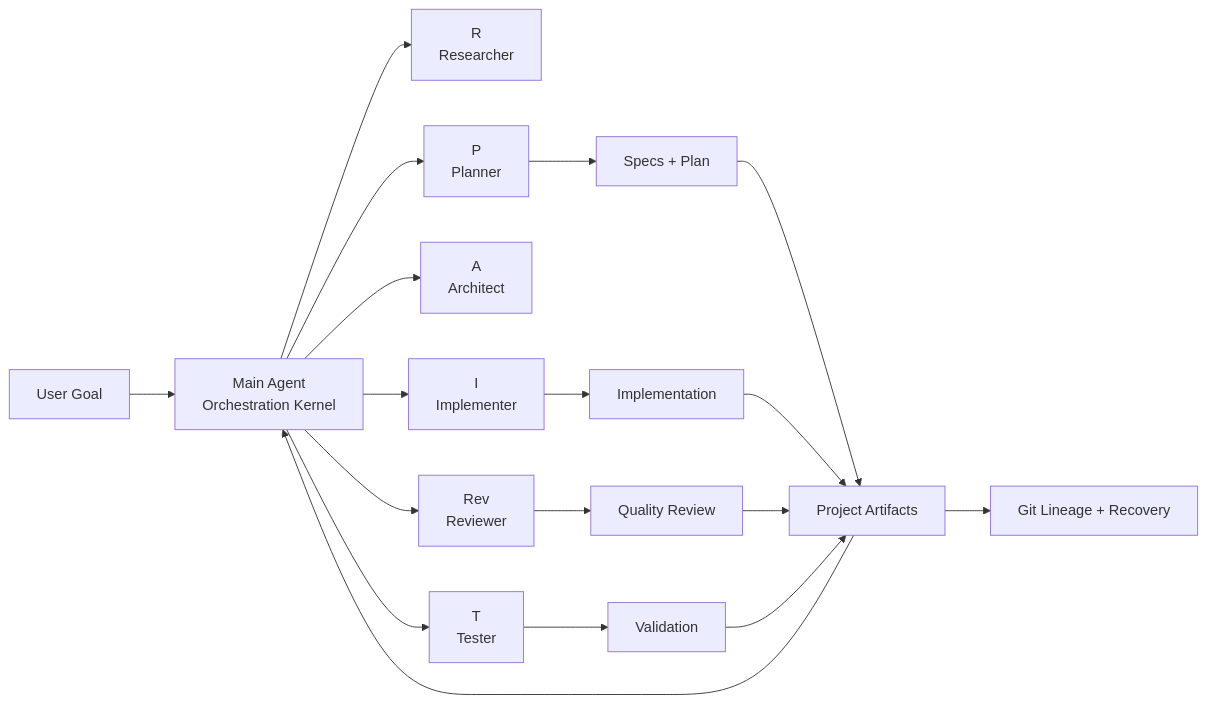
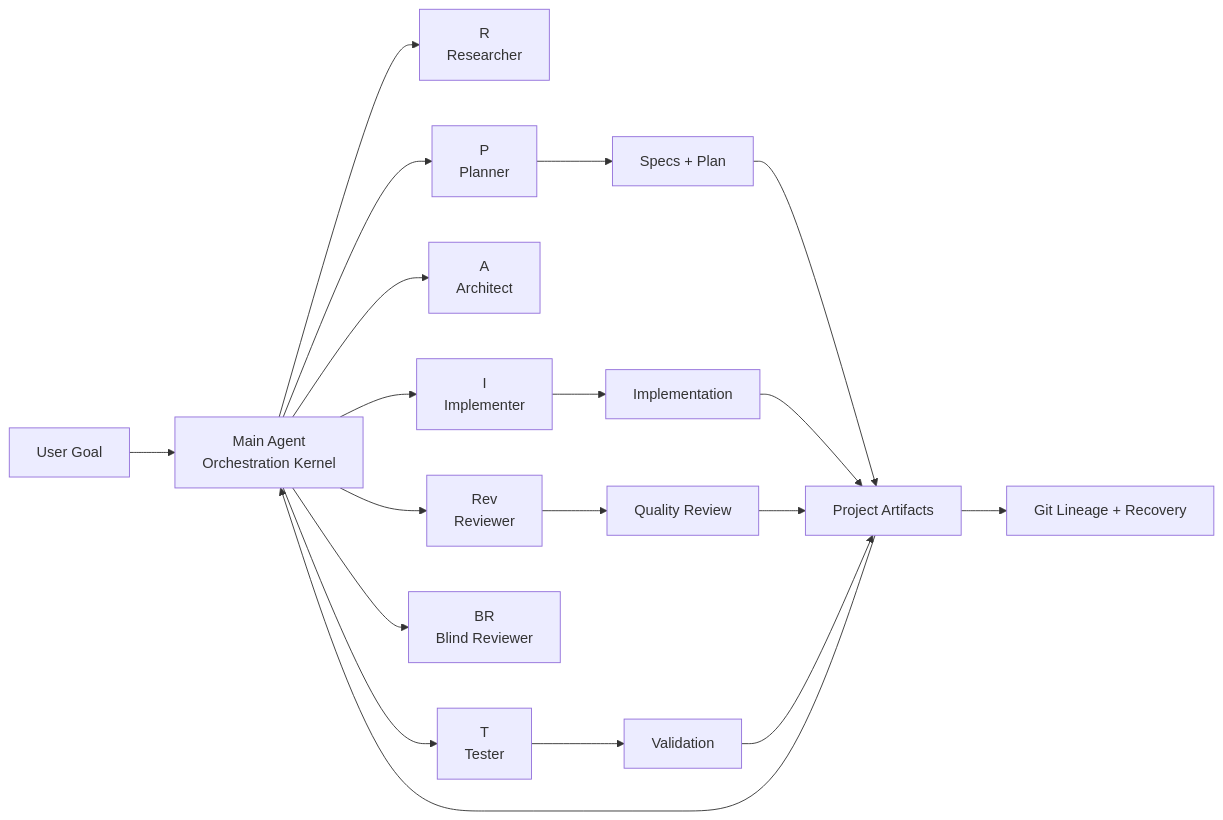
The first of 2 diagrams in README.md (vospr/context-engineering-template), drawn with Mermaid before and after one commit. The commit also changed other lines of this file, not shown here.

````diff
--- a/README.md
+++ b/README.md
@@ -58,24 +59,25 @@
 ```mermaid
 flowchart LR
     U[User Goal] --> M[Main Agent<br/>Orchestration Kernel]
 
     M --> R[R<br/>Researcher]
     M --> P[P<br/>Planner]
     M --> A[A<br/>Architect]
     M --> I[I<br/>Implementer]
     M --> RV[Rev<br/>Reviewer]
+    M --> BR[BR<br/>Blind Reviewer]
     M --> T[T<br/>Tester]
 
     P --> S[Specs + Plan]
     I --> X[Implementation]
     RV --> Q[Quality Review]
     T --> V[Validation]
 
     S --> O[Project Artifacts]
     X --> O
     Q --> O
     V --> O
 
     O --> G[Git Lineage + Recovery]
     O --> M
 ```
````
